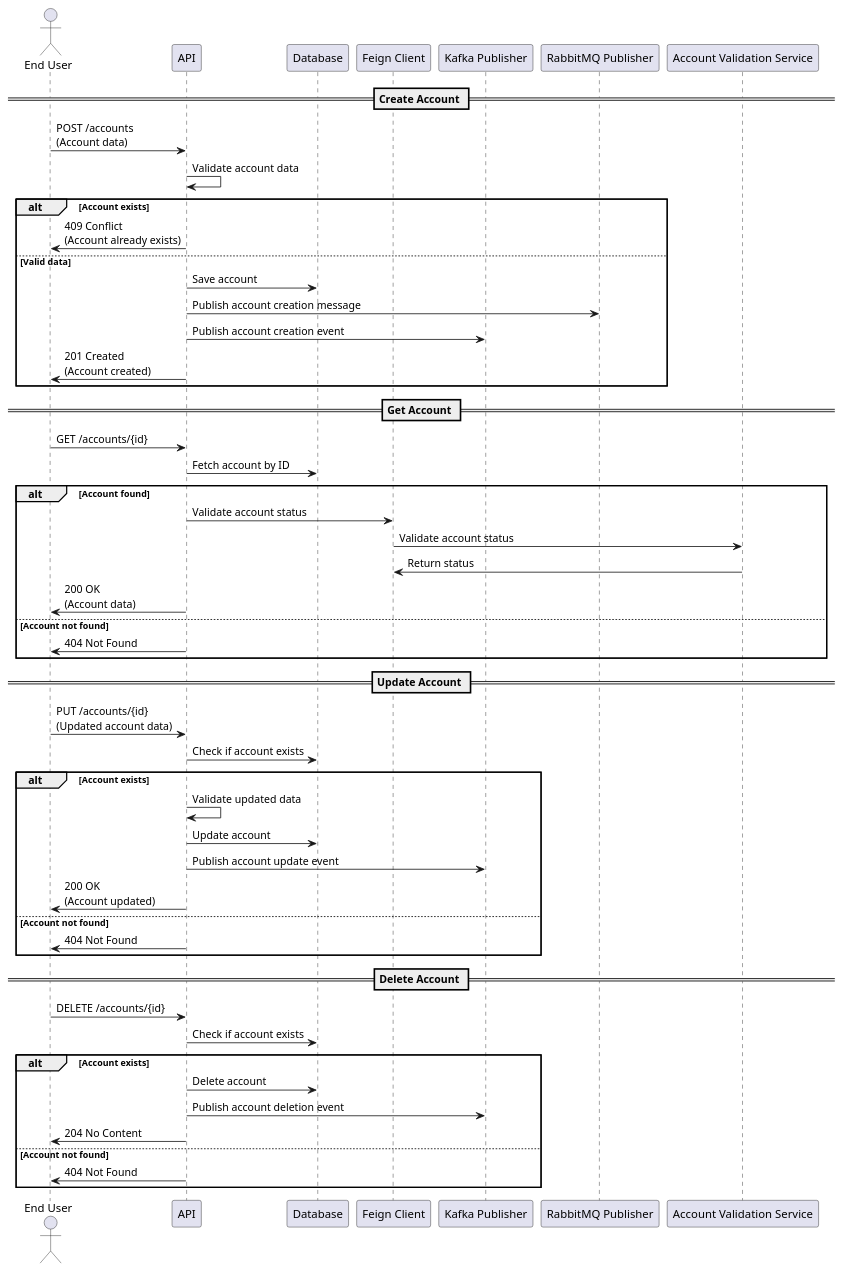
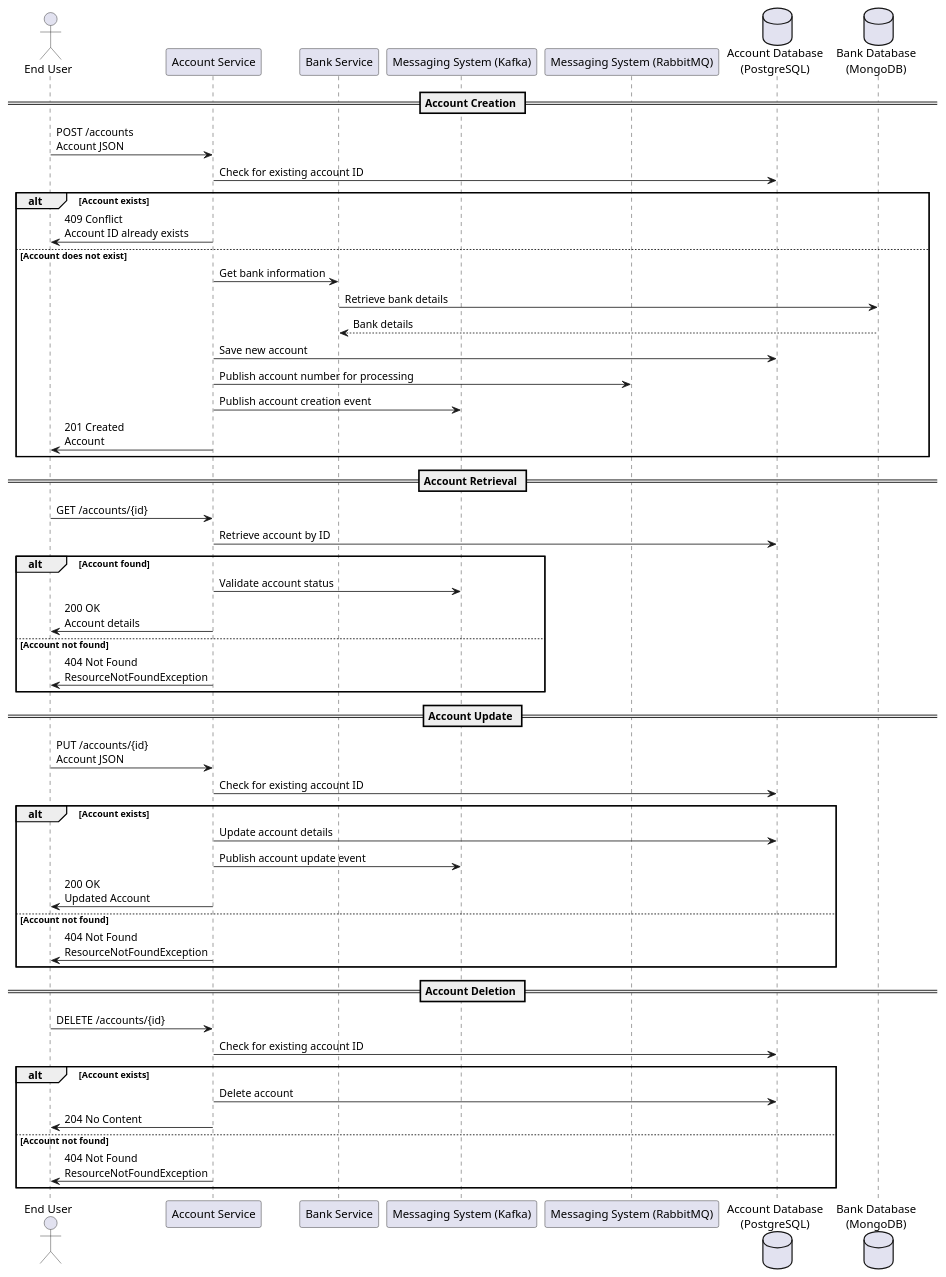
The diagram in design_document/AccountService.md (Bhaskar-Pavan/AccountService), drawn with PlantUML before and after one commit. The commit also changed other lines of this file, not shown here.

````diff
--- a/design_document/AccountService.md
+++ b/design_document/AccountService.md
@@ -37,59 +37,58 @@
 ```plantuml
 @startuml
 actor "End User" as User
-participant "API" as API
-participant "Database" as DB
-participant "Feign Client" as FeignClient
-participant "Kafka Publisher" as Kafka
-participant "RabbitMQ Publisher" as RabbitMQ
-participant "Account Validation Service" as ExternalService
+participant "Account Service" as AccountService
+participant "Bank Service" as BankService
+participant "Messaging System (Kafka)" as Kafka
+participant "Messaging System (RabbitMQ)" as RabbitMQ
+database "Account Database\n(PostgreSQL)" as AccountDB
+database "Bank Database\n(MongoDB)" as BankDB
 
-== Create Account ==
-User -> API : POST /accounts\n(Account data)
-API -> API : Validate account data
+== Account Creation ==
+User -> AccountService: POST /accounts\nAccount JSON
+AccountService -> AccountDB: Check for existing account ID
 alt Account exists
-    API -> User : 409 Conflict\n(Account already exists)
-else Valid data
-    API -> DB : Save account
-    API -> RabbitMQ : Publish account creation message
-    API -> Kafka : Publish account creation event
-    API -> User : 201 Created\n(Account created)
+    AccountService -> User: 409 Conflict\nAccount ID already exists
+else Account does not exist
+    AccountService -> BankService: Get bank information
+    BankService -> BankDB: Retrieve bank details
+    BankDB --> BankService: Bank details
+    AccountService -> AccountDB: Save new account
+    AccountService -> RabbitMQ: Publish account number for processing
+    AccountService -> Kafka: Publish account creation event
+    AccountService -> User: 201 Created\nAccount
 end
 
-== Get Account ==
-User -> API : GET /accounts/{id}
-API -> DB : Fetch account by ID
+== Account Retrieval ==
+User -> AccountService: GET /accounts/{id}
+AccountService -> AccountDB: Retrieve account by ID
 alt Account found
-    API -> FeignClient : Validate account status
-    FeignClient -> ExternalService : Validate account status
-    ExternalService -> FeignClient : Return status
-    API -> User : 200 OK\n(Account data)
+    AccountService -> Kafka: Validate account status
+    AccountService -> User: 200 OK\nAccount details
 else Account not found
-    API -> User : 404 Not Found
+    AccountService -> User: 404 Not Found\nResourceNotFoundException
 end
 
-== Update Account ==
-User -> API : PUT /accounts/{id}\n(Updated account data)
-API -> DB : Check if account exists
+== Account Update ==
+User -> AccountService: PUT /accounts/{id}\nAccount JSON
+AccountService -> AccountDB: Check for existing account ID
 alt Account exists
-    API -> API : Validate updated data
-    API -> DB : Update account
-    API -> Kafka : Publish account update event
-    API -> User : 200 OK\n(Account updated)
+    AccountService -> AccountDB: Update account details
+    AccountService -> Kafka: Publish account update event
+    AccountService -> User: 200 OK\nUpdated Account
 else Account not found
-    API -> User : 404 Not Found
+    AccountService -> User: 404 Not Found\nResourceNotFoundException
 end
 
-== Delete Account ==
-User -> API : DELETE /accounts/{id}
-API -> DB : Check if account exists
+== Account Deletion ==
+User -> AccountService: DELETE /accounts/{id}
+AccountService -> AccountDB: Check for existing account ID
 alt Account exists
-    API -> DB : Delete account
-    API -> Kafka : Publish account deletion event
-    API -> User : 204 No Content
+    AccountService -> AccountDB: Delete account
+    AccountService -> User: 204 No Content
 else Account not found
-    API -> User : 404 Not Found
+    AccountService -> User: 404 Not Found\nResourceNotFoundException
 end
 
 @enduml
 ```
````
